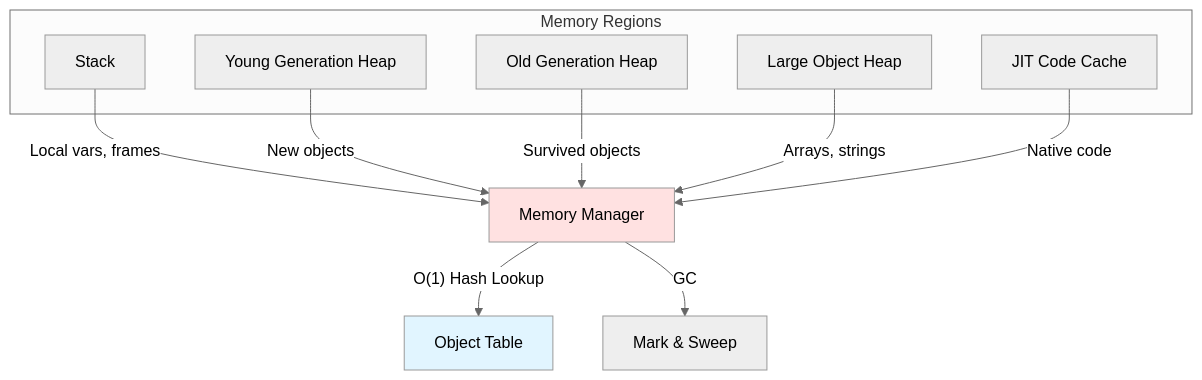
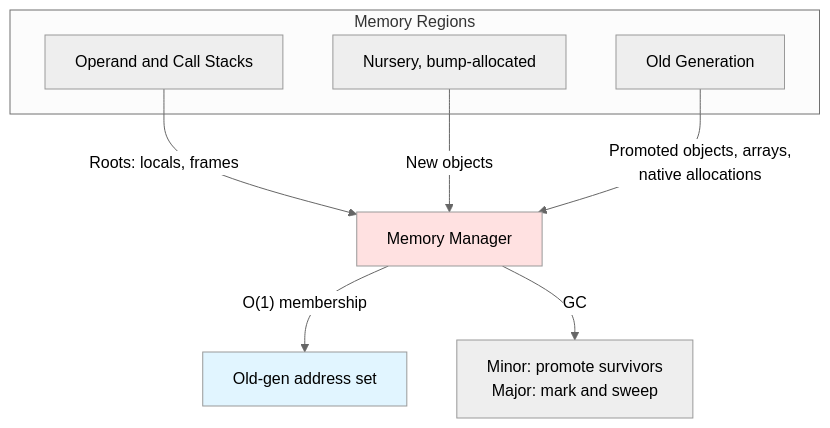
The seventh of 24 diagrams in docs/architecture.md (objeck/objeck-lang), drawn with Mermaid (neutral theme) before and after one commit. The commit also changed other lines of this file and 35 other files, not shown here.

First line of the commit message:
chore: remove unused docs and assets; bring architecture.md up to date

````diff
--- a/docs/architecture.md
+++ b/docs/architecture.md
@@ -353,22 +353,18 @@
 ```mermaid
 graph TB
     subgraph "Memory Regions"
-        A[Stack]
-        B[Young Generation Heap]
-        C[Old Generation Heap]
-        D[Large Object Heap]
-        E[JIT Code Cache]
+        A[Operand and Call Stacks]
+        B[Nursery, bump-allocated]
+        C[Old Generation]
     end
 
-    A -->|Local vars, frames| F[Memory Manager]
+    A -->|"Roots: locals, frames"| F[Memory Manager]
     B -->|New objects| F
-    C -->|Survived objects| F
-    D -->|Arrays, strings| F
-    E -->|Native code| F
+    C -->|"Promoted objects, arrays,<br/>native allocations"| F
 
-    F -->|"O(1) Hash Lookup"| G[Object Table]
-    F -->|GC| H[Mark & Sweep]
+    F -->|"O(1) membership"| G[Old-gen address set]
+    F -->|GC| H["Minor: promote survivors<br/>Major: mark and sweep"]
 
     style F fill:#ffe1e1
     style G fill:#e1f5ff
 ```
````
